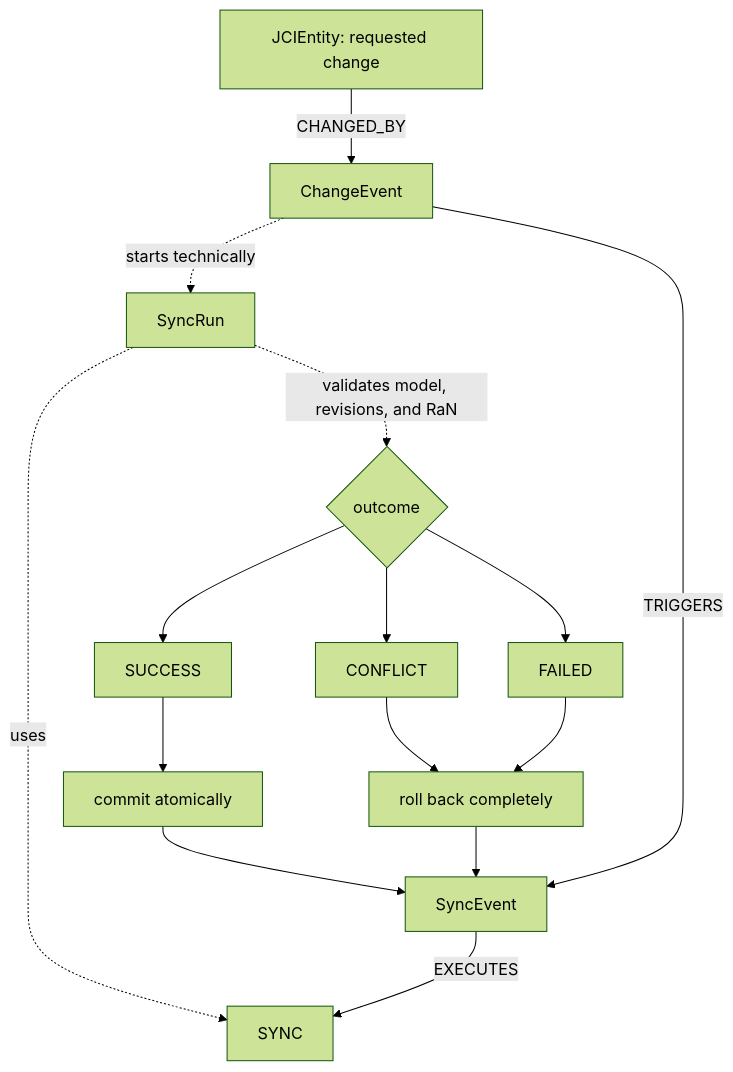
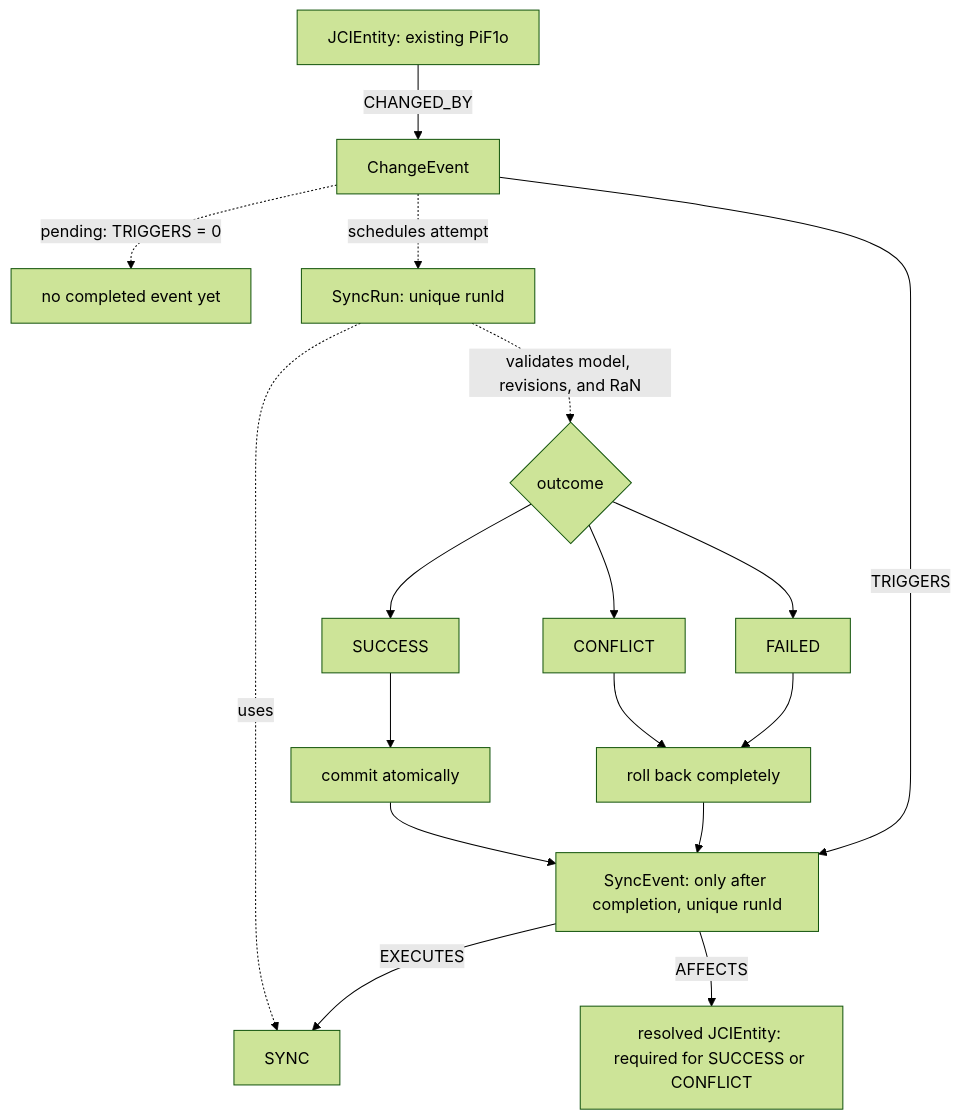
One commit to eeimicke/junaco-jci-loop changed the tenth of 12 diagrams in docs/en/guides/JCI_EXAMPLE.md. Above: the diagram before and after it, drawn with Mermaid (forest theme). The commit also changed other lines of this file and 29 other files, not shown here.

````diff
--- a/docs/en/guides/JCI_EXAMPLE.md
+++ b/docs/en/guides/JCI_EXAMPLE.md
@@ -230,17 +258,19 @@
 ```mermaid
 flowchart TD
-    Entity[JCIEntity: requested change] -->|CHANGED_BY| ChangeEvent
-    ChangeEvent -. starts technically .-> Run[SyncRun]
+    Entity[JCIEntity: existing PiF1o] -->|CHANGED_BY| ChangeEvent
+    ChangeEvent -. pending: TRIGGERS = 0 .-> Pending[no completed event yet]
+    ChangeEvent -. schedules attempt .-> Run[SyncRun: unique runId]
     Run -. uses .-> Definition[SYNC]
     Run -. validates model, revisions, and RaN .-> Decision{outcome}
     Decision --> Success[SUCCESS]
     Decision --> Conflict[CONFLICT]
     Decision --> Failed[FAILED]
     Success --> Apply[commit atomically]
     Conflict --> Rollback[roll back completely]
     Failed --> Rollback
     Apply --> Event[SyncEvent]
     Rollback --> Event
-    ChangeEvent -->|TRIGGERS| Event
+    ChangeEvent -->|TRIGGERS| Event[SyncEvent: only after completion, unique runId]
     Event -->|EXECUTES| Definition
+    Event -->|AFFECTS| Affected[resolved JCIEntity: required for SUCCESS or CONFLICT]
 ```
````
